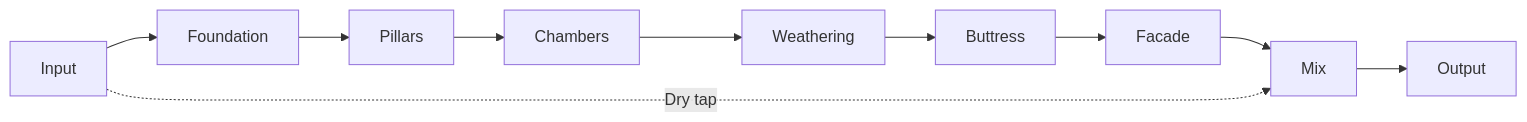
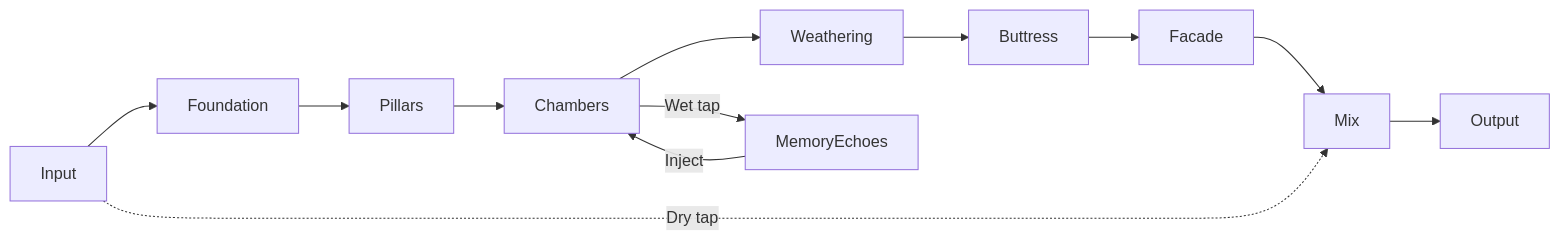
One commit to joshband/monument-reverb changed the first of 3 diagrams in README.md. Above: the diagram before and after it, drawn with Mermaid. The commit also changed other lines of this file, not shown here.

Commit message:
docs: document memory echoes usage

````diff
--- a/README.md
+++ b/README.md
@@ -75,5 +75,7 @@
 ```mermaid
 flowchart LR
   Input --> Foundation --> Pillars --> Chambers --> Weathering --> Buttress --> Facade --> Mix --> Output
   Input -. Dry tap .-> Mix
+  Chambers -- Wet tap --> MemoryEchoes
+  MemoryEchoes -- Inject --> Chambers
 ```
````
